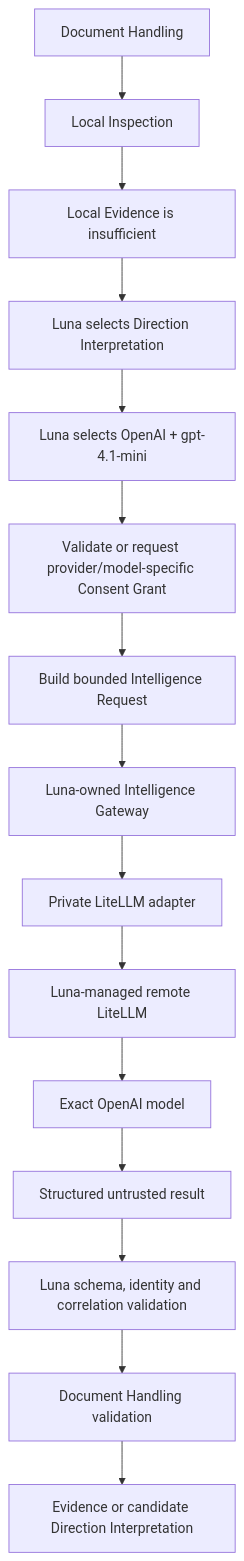
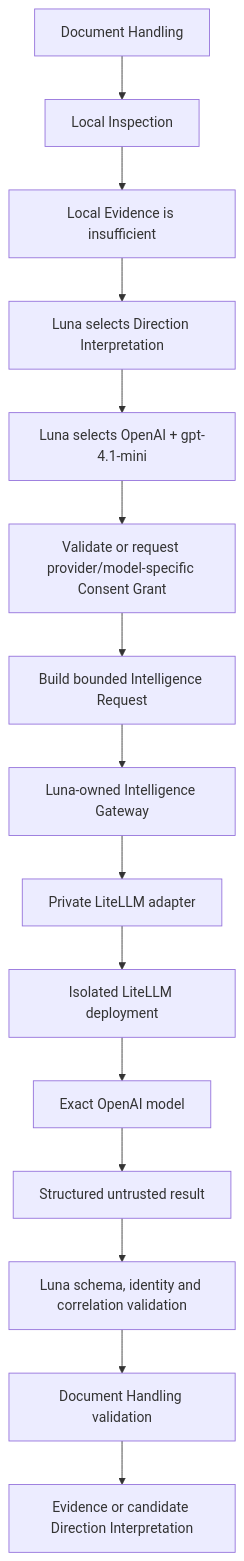
One commit to yasserchehade/Luna changed the diagram in docs/architecture/intelligence-gateway.md. Above: the diagram before and after it, drawn with Mermaid. The commit also changed other lines of this file and 6 other files, not shown here.

````diff
--- a/docs/architecture/intelligence-gateway.md
+++ b/docs/architecture/intelligence-gateway.md
@@ -5,17 +5,17 @@
 ```mermaid
 flowchart TD
     Handling["Document Handling"] --> Inspect["Local Inspection"]
     Inspect --> Need["Local Evidence is insufficient"]
     Need --> Capability["Luna selects Direction Interpretation"]
     Capability --> Selection["Luna selects OpenAI + gpt-4.1-mini"]
     Selection --> Consent["Validate or request provider/model-specific Consent Grant"]
     Consent --> Request["Build bounded Intelligence Request"]
     Request --> Gateway["Luna-owned Intelligence Gateway"]
     Gateway --> Adapter["Private LiteLLM adapter"]
-    Adapter --> Remote["Luna-managed remote LiteLLM"]
-    Remote --> Provider["Exact OpenAI model"]
+    Adapter --> Deployment["Isolated LiteLLM deployment"]
+    Deployment --> Provider["Exact OpenAI model"]
     Provider --> Untrusted["Structured untrusted result"]
     Untrusted --> Validation["Luna schema, identity and correlation validation"]
     Validation --> Domain["Document Handling validation"]
     Domain --> Evidence["Evidence or candidate Direction Interpretation"]
 ```
````
